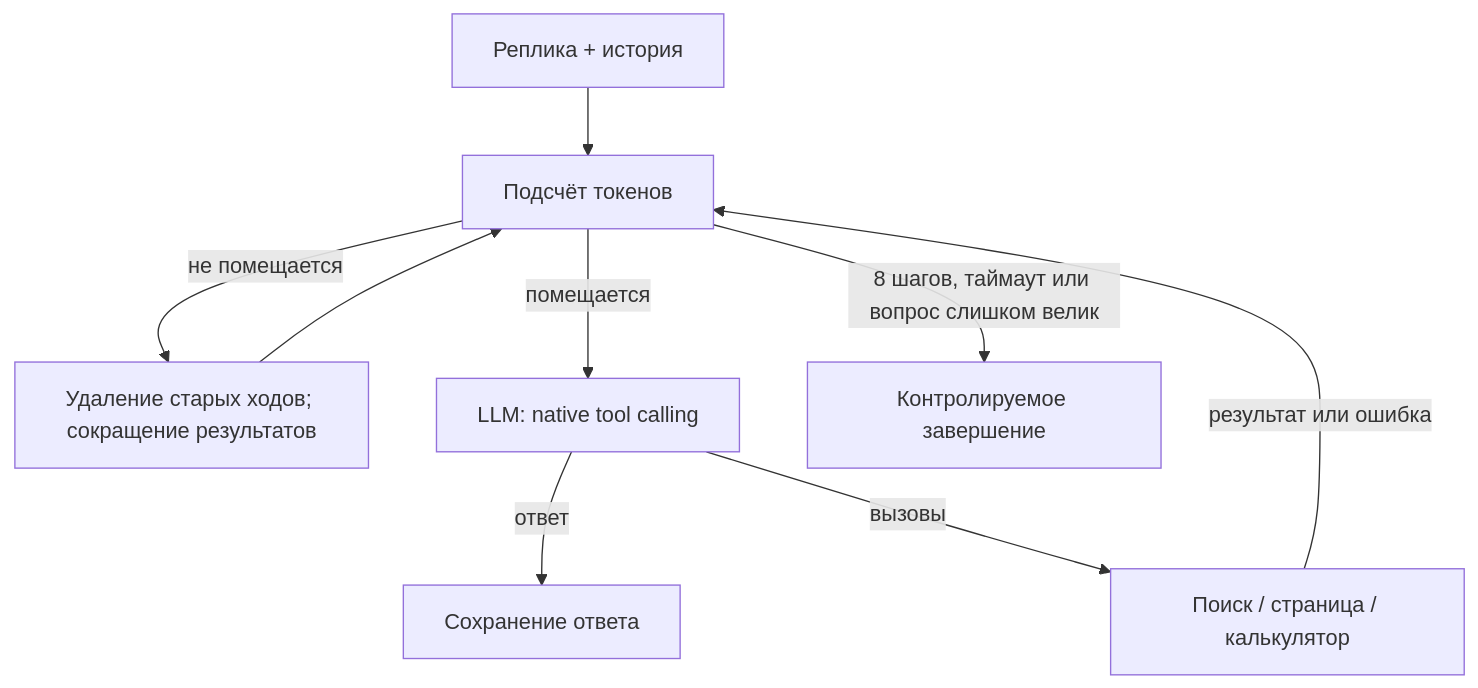
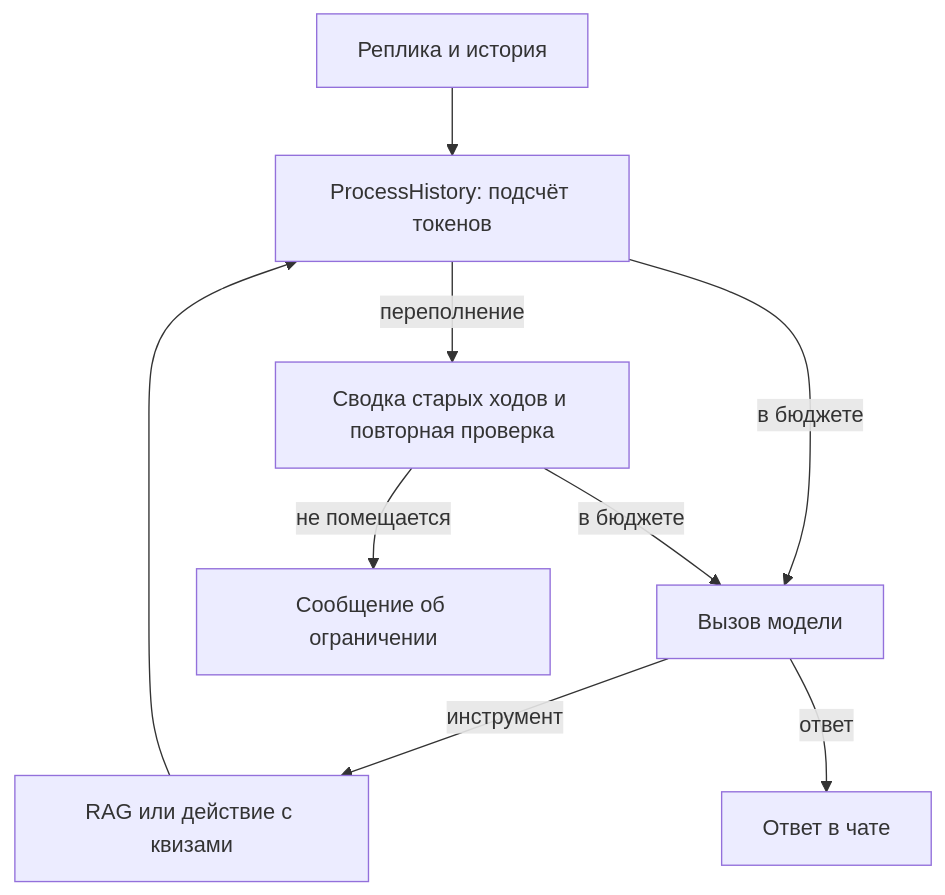
One commit to ChornyChay1/aa-kovalev changed the diagram in projects/aa-kovalev/lab3/REPORT.md. Above: the diagram before and after it, drawn with Mermaid. The commit also changed other lines of this file and 14 other files, not shown here.

````diff
--- a/projects/aa-kovalev/lab3/REPORT.md
+++ b/projects/aa-kovalev/lab3/REPORT.md
@@ -8,11 +8,11 @@
 ```mermaid
 flowchart TD
-    U["Реплика + история"] --> C["Подсчёт токенов"]
-    C -->|"не помещается"| T["Удаление старых ходов; сокращение результатов"]
-    T --> C
-    C -->|"помещается"| M["LLM: native tool calling"]
-    M -->|"ответ"| F["Сохранение ответа"]
-    M -->|"вызовы"| I["Поиск / страница / калькулятор"]
-    I -->|"результат или ошибка"| C
-    C -->|"8 шагов, таймаут или вопрос слишком велик"| E["Контролируемое завершение"]
+  A["Реплика и история"] --> B["ProcessHistory: подсчёт токенов"]
+  B -->|переполнение| C["Сводка старых ходов и повторная проверка"]
+  B -->|в бюджете| D["Вызов модели"]
+  C -->|в бюджете| D
+  C -->|не помещается| E["Сообщение об ограничении"]
+  D -->|инструмент| F["RAG или действие с квизами"]
+  F --> B
+  D -->|ответ| G["Ответ в чате"]
 ```
````
